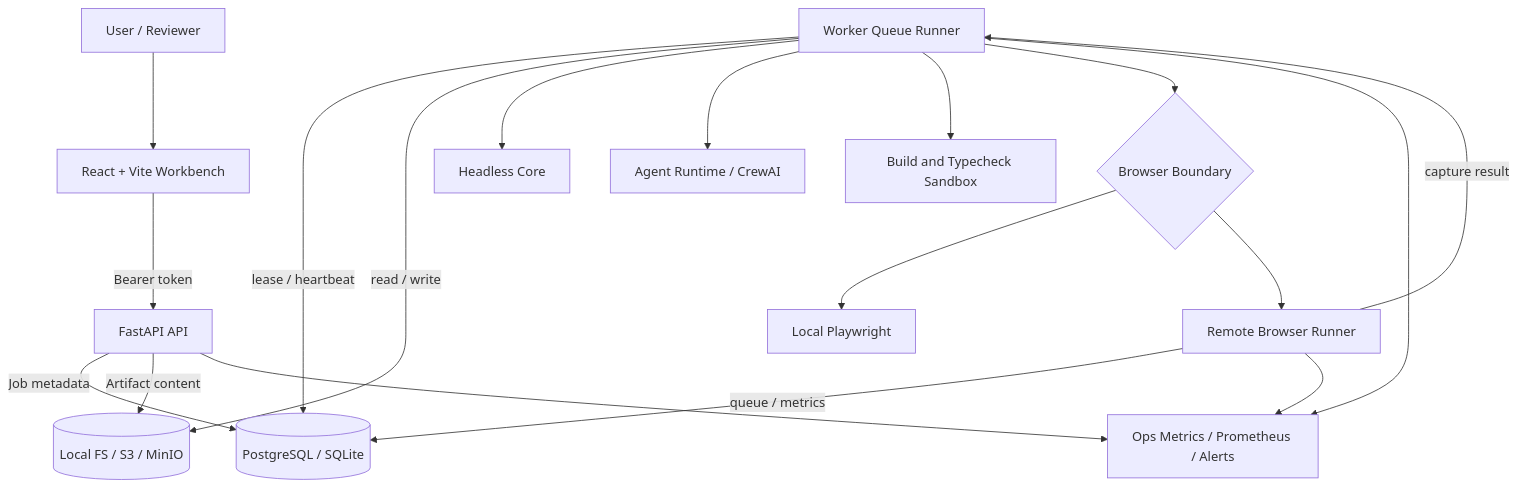
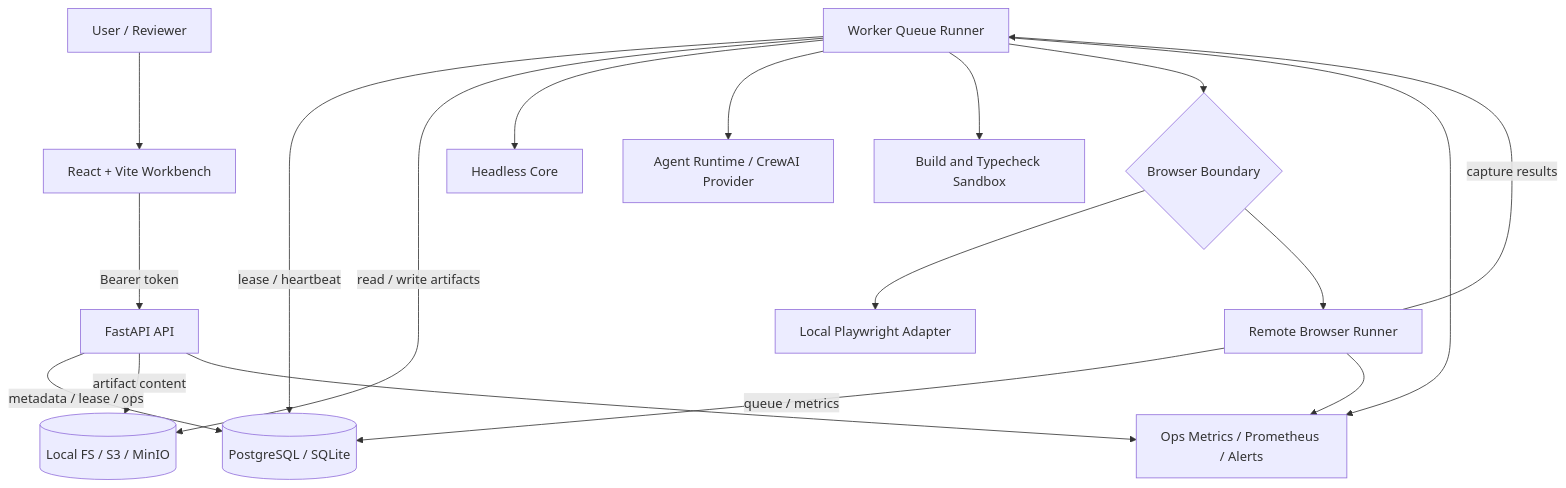
One commit to Leshm0321/ai-jsunpack changed the first of 4 diagrams in docs/architecture.md. Above: the diagram before and after it, drawn with Mermaid. The commit also changed other lines of this file and 6 other files, not shown here.

````diff
--- a/docs/architecture.md
+++ b/docs/architecture.md
@@ -7,22 +7,22 @@
 ```mermaid
 graph TD
   User[User / Reviewer] --> Web[React + Vite Workbench]
   Web -->|Bearer token| API[FastAPI API]
-  API -->|Job metadata| DB[(PostgreSQL / SQLite)]
-  API -->|Artifact content| Store[(Local FS / S3 / MinIO)]
+  API -->|metadata / lease / ops| DB[(PostgreSQL / SQLite)]
+  API -->|artifact content| Store[(Local FS / S3 / MinIO)]
 
   Worker[Worker Queue Runner] -->|lease / heartbeat| DB
-  Worker -->|read / write| Store
+  Worker -->|read / write artifacts| Store
   Worker --> Core[Headless Core]
-  Worker --> Agent[Agent Runtime / CrewAI]
+  Worker --> Agent[Agent Runtime / CrewAI Provider]
   Worker --> Sandbox[Build and Typecheck Sandbox]
   Worker --> BrowserBoundary{Browser Boundary}
-  BrowserBoundary --> LocalPlaywright[Local Playwright]
+  BrowserBoundary --> LocalPlaywright[Local Playwright Adapter]
   BrowserBoundary --> BrowserRunner[Remote Browser Runner]
 
   BrowserRunner -->|queue / metrics| DB
-  BrowserRunner -->|capture result| Worker
+  BrowserRunner -->|capture results| Worker
   API --> Ops[Ops Metrics / Prometheus / Alerts]
   Worker --> Ops
   BrowserRunner --> Ops
 ```
````
